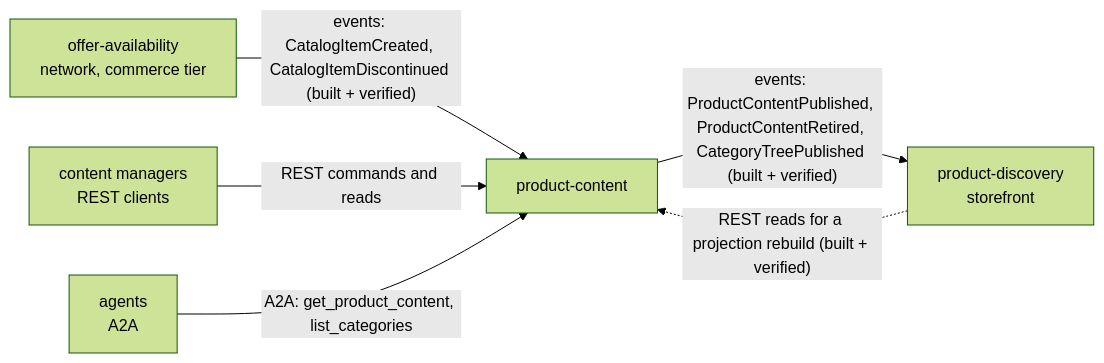
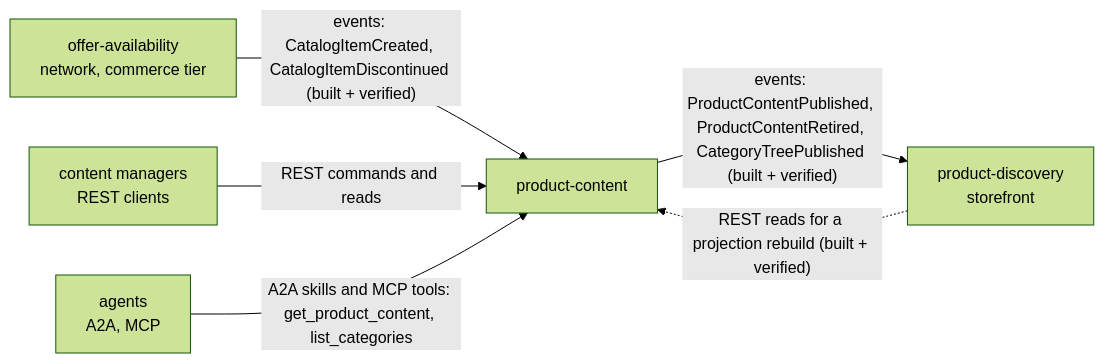
One commit to IQVO/product-content changed the diagram in docs/docs/ecosystem/integration.md. Above: the diagram before and after it, drawn with Mermaid (forest theme). The commit also changed other lines of this file and 13 other files, not shown here.

First line of the commit message:
docs(mcp): MCP tools page, README MCP section, configuration, runbook, observability

````diff
--- a/docs/docs/ecosystem/integration.md
+++ b/docs/docs/ecosystem/integration.md
@@ -28,13 +28,13 @@
 ```mermaid
 flowchart LR
     OA["offer-availability<br/>network, commerce tier"]
     PC["product-content"]
     PD["product-discovery<br/>storefront"]
     CM["content managers<br/>REST clients"]
-    AG["agents<br/>A2A"]
+    AG["agents<br/>A2A, MCP"]
     OA -- "events: CatalogItemCreated, CatalogItemDiscontinued (built + verified)" --> PC
     PC -- "events: ProductContentPublished, ProductContentRetired, CategoryTreePublished (built + verified)" --> PD
     PD -. "REST reads for a projection rebuild (built + verified)" .-> PC
     CM -- "REST commands and reads" --> PC
-    AG -- "A2A: get_product_content, list_categories" --> PC
+    AG -- "A2A skills and MCP tools: get_product_content, list_categories" --> PC
 ```
````
